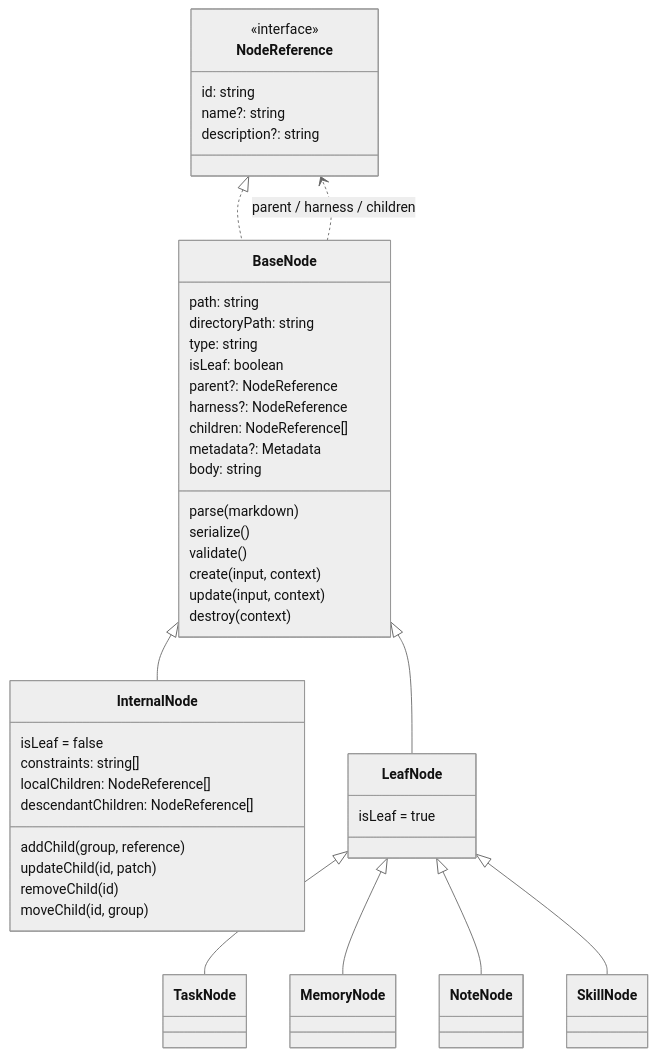
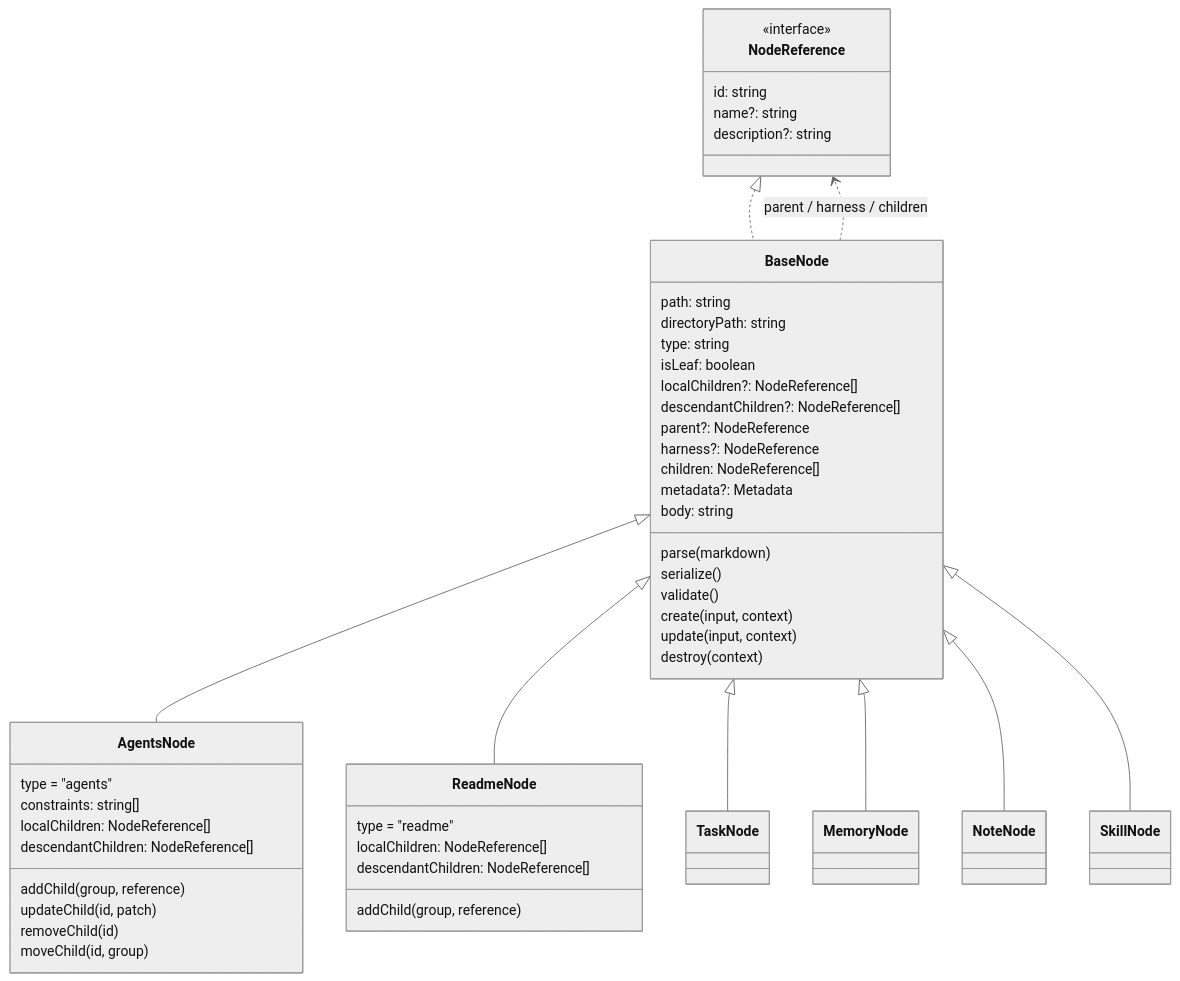
The first of 5 diagrams in extensions/cli/src/domain/models/README.md (VirusPC/edges), drawn with Mermaid (neutral theme) before and after one commit. The commit also changed other lines of this file and 52 other files, not shown here.

First line of the commit message:
refactor: BaseNode 直继；取消 Internal/Leaf 层次

````diff
--- a/extensions/cli/src/domain/models/README.md
+++ b/extensions/cli/src/domain/models/README.md
@@ -24,47 +24,52 @@
 ```mermaid
 classDiagram
     class NodeReference {
         <<interface>>
         id: string
         name?: string
         description?: string
     }
     class BaseNode {
         path: string
         directoryPath: string
         type: string
         isLeaf: boolean
+        localChildren?: NodeReference[]
+        descendantChildren?: NodeReference[]
         parent?: NodeReference
         harness?: NodeReference
         children: NodeReference[]
         metadata?: Metadata
         body: string
         parse(markdown)
         serialize()
         validate()
         create(input, context)
         update(input, context)
         destroy(context)
     }
-    class InternalNode {
-        isLeaf = false
+    class AgentsNode {
+        type = "agents"
         constraints: string[]
         localChildren: NodeReference[]
         descendantChildren: NodeReference[]
         addChild(group, reference)
         updateChild(id, patch)
         removeChild(id)
         moveChild(id, group)
     }
-    class LeafNode {
-        isLeaf = true
+    class ReadmeNode {
+        type = "readme"
+        localChildren: NodeReference[]
+        descendantChildren: NodeReference[]
+        addChild(group, reference)
     }
     NodeReference <|.. BaseNode
-    BaseNode <|-- InternalNode
-    BaseNode <|-- LeafNode
-    LeafNode <|-- TaskNode
-    LeafNode <|-- MemoryNode
-    LeafNode <|-- NoteNode
-    LeafNode <|-- SkillNode
+    BaseNode <|-- AgentsNode
+    BaseNode <|-- ReadmeNode
+    BaseNode <|-- TaskNode
+    BaseNode <|-- MemoryNode
+    BaseNode <|-- NoteNode
+    BaseNode <|-- SkillNode
     BaseNode ..> NodeReference : parent / harness / children
 ```
````
